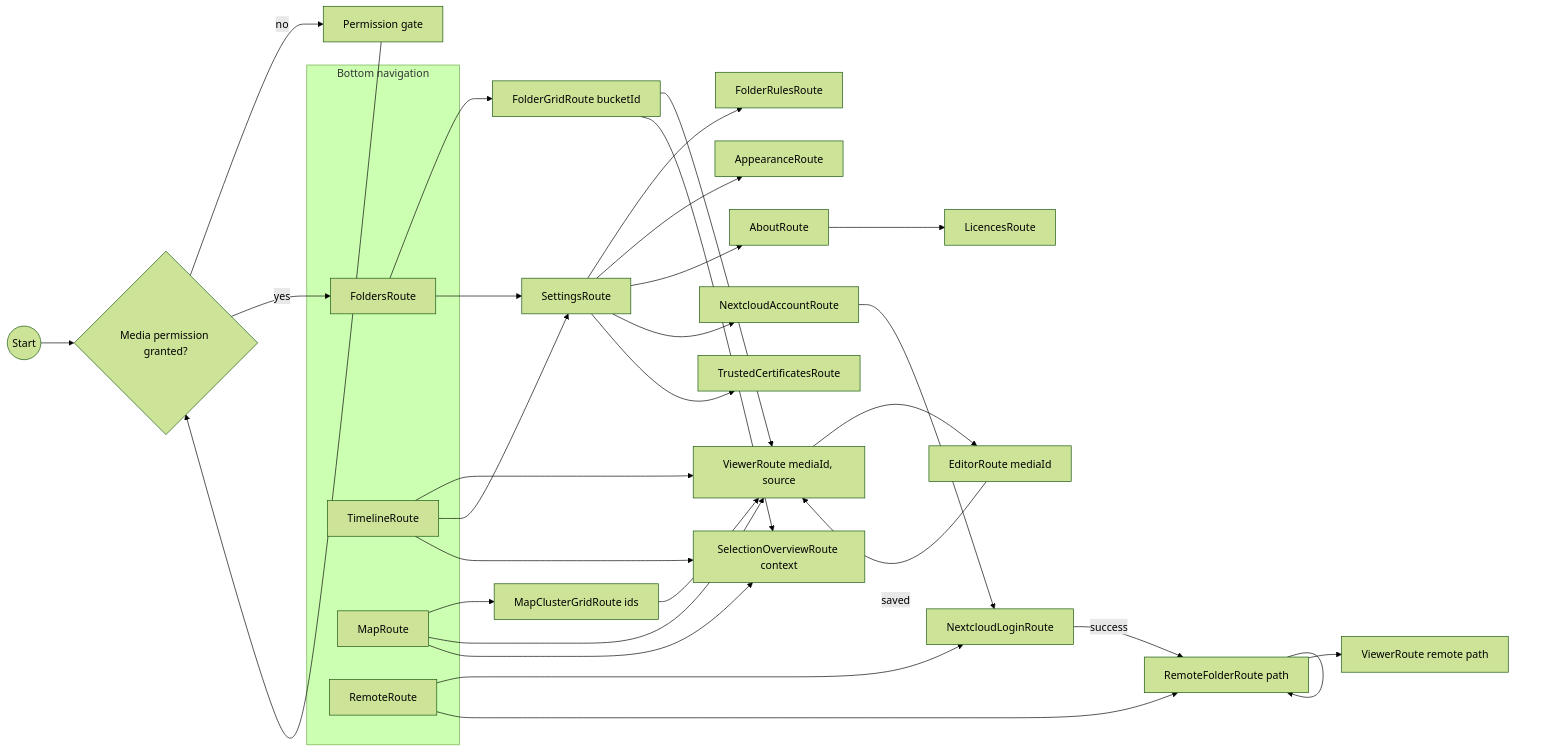
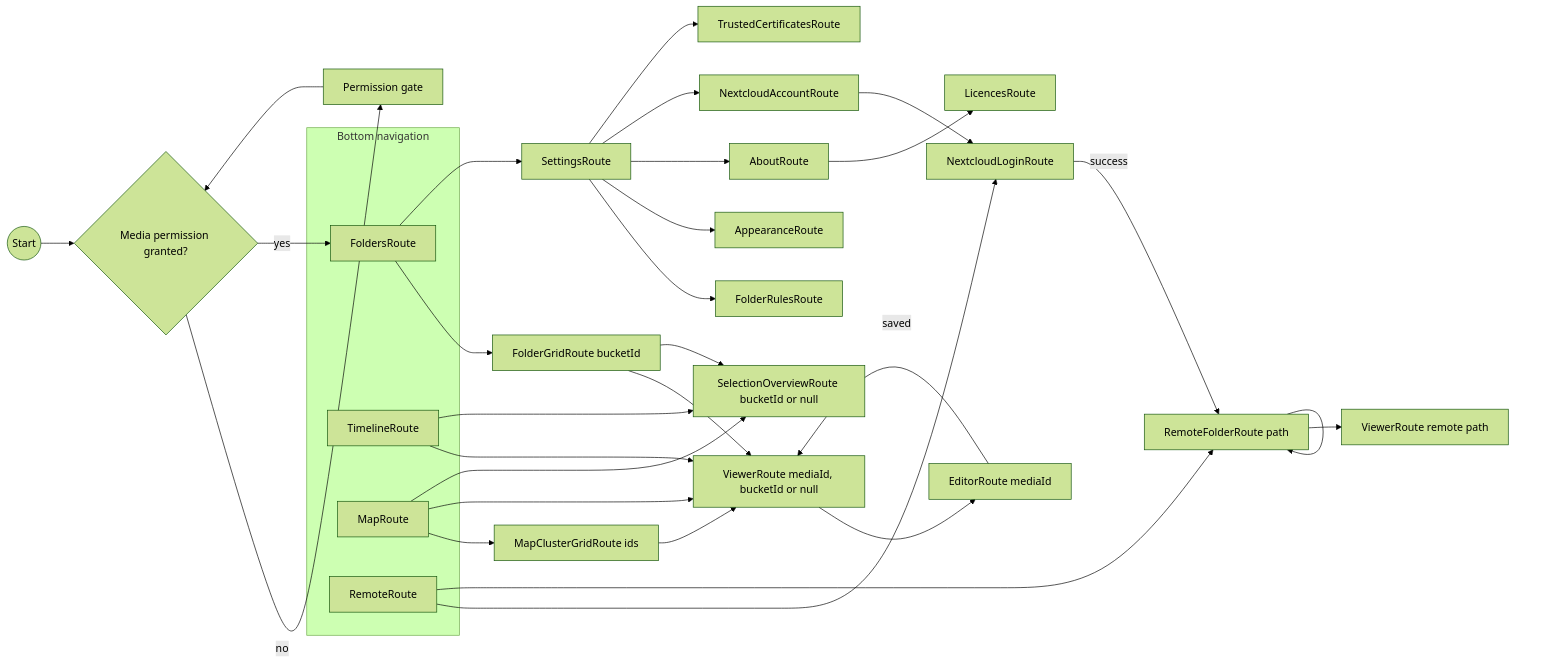
Before and after one commit to drehtuer/NextGalleryApp: diagram 12 of 12 in docs/ARCHITECTURE.md, drawn with Mermaid (forest theme). The commit also changed other lines of this file and 50 other files, not shown here.

First line of the commit message:
Add the timeline view with sticky months and the date rail

````diff
--- a/docs/ARCHITECTURE.md
+++ b/docs/ARCHITECTURE.md
@@ -764,42 +766,41 @@
 ```mermaid
 flowchart LR
     start(("Start")) --> perm{"Media permission granted?"}
     perm -- "no" --> PermissionScreen["Permission gate"]
     PermissionScreen --> perm
     perm -- "yes" --> Folders
 
     subgraph TopLevel["Bottom navigation"]
         Folders["FoldersRoute"]
         Timeline["TimelineRoute"]
         Map["MapRoute"]
         Remote["RemoteRoute"]
     end
 
     Folders --> FolderGrid["FolderGridRoute bucketId"]
-    FolderGrid --> Viewer["ViewerRoute mediaId, source"]
+    FolderGrid --> Viewer["ViewerRoute mediaId, bucketId or null"]
     Timeline --> Viewer
     Map --> ClusterGrid["MapClusterGridRoute ids"]
     ClusterGrid --> Viewer
     Map --> Viewer
     Viewer --> Editor["EditorRoute mediaId"]
     Editor -- "saved" --> Viewer
 
     Remote --> Login["NextcloudLoginRoute"]
     Login -- "success" --> RemoteBrowser["RemoteFolderRoute path"]
     Remote --> RemoteBrowser
     RemoteBrowser --> RemoteBrowser
     RemoteBrowser --> RemoteViewer["ViewerRoute remote path"]
 
     Folders --> Settings["SettingsRoute"]
-    Timeline --> Settings
     Settings --> FolderRules["FolderRulesRoute"]
     Settings --> Appearance["AppearanceRoute"]
     Settings --> About["AboutRoute"]
     About --> Licences["LicencesRoute"]
     Settings --> Account["NextcloudAccountRoute"]
     Account --> Login
     Settings --> Certs["TrustedCertificatesRoute"]
-    FolderGrid --> SelOverview["SelectionOverviewRoute context"]
+    FolderGrid --> SelOverview["SelectionOverviewRoute bucketId or null"]
     Timeline --> SelOverview
     Map --> SelOverview
 ```
````
